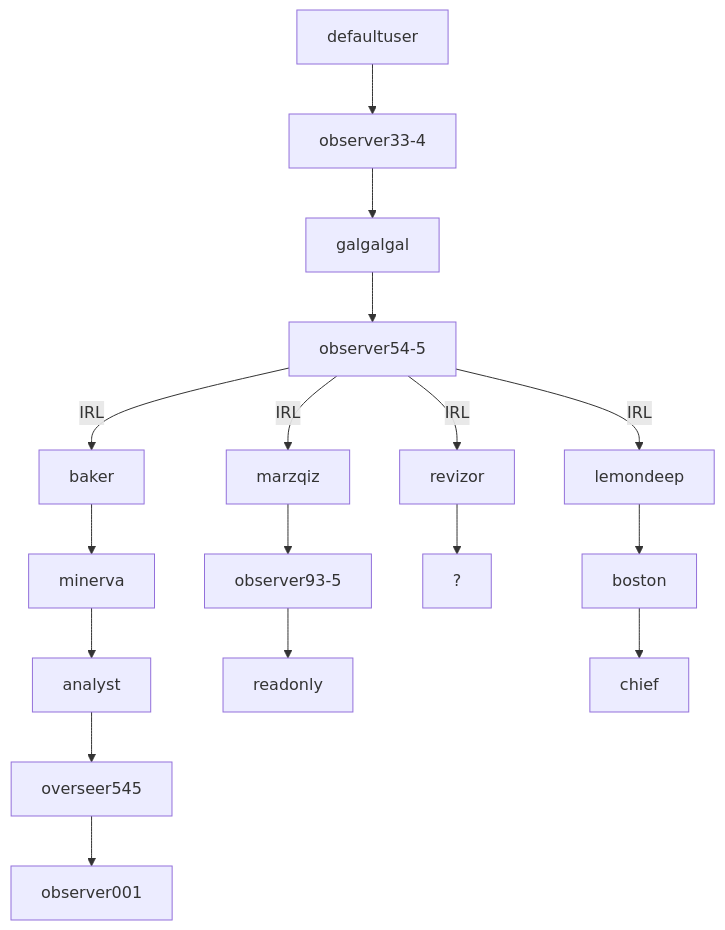
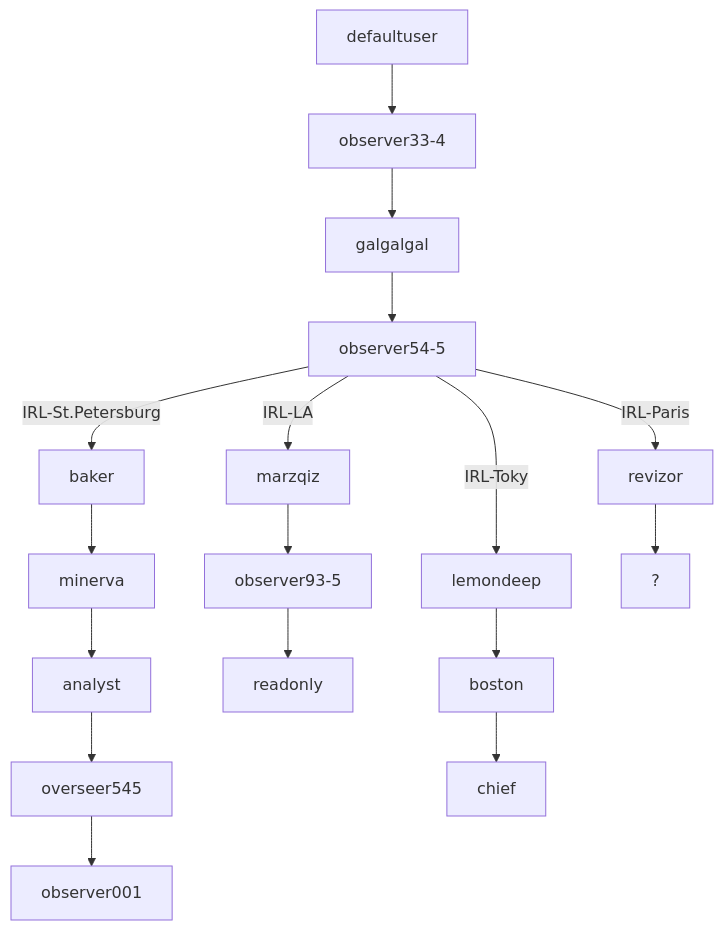
The diagram in README.md (Philsie/ARRS-documentation), drawn with Mermaid before and after one commit.

````diff
--- a/README.md
+++ b/README.md
@@ -25,19 +25,19 @@
 ```mermaid
 graph TD;
     defaultuser-->observer33-4;
     observer33-4-->galgalgal;
     galgalgal-->observer54-5;
-    observer54-5--IRL-->revizor;
-    observer54-5--IRL-->marzqiz;
-    observer54-5--IRL-->baker;
-    observer54-5--IRL-->lemondeep;
+    observer54-5--IRL-Paris-->revizor;
+    observer54-5--IRL-LA-->marzqiz;
+    observer54-5--IRL-St.Petersburg-->baker;
+    observer54-5--IRL-Tokyo-->lemondeep;
     baker-->minerva;
     minerva-->analyst;
     analyst-->overseer545;
     overseer545-->observer001
     marzqiz-->observer93-5;
     observer93-5-->readonly;
     revizor-->?;
     lemondeep-->boston;
     boston-->chief;
 ```
````
